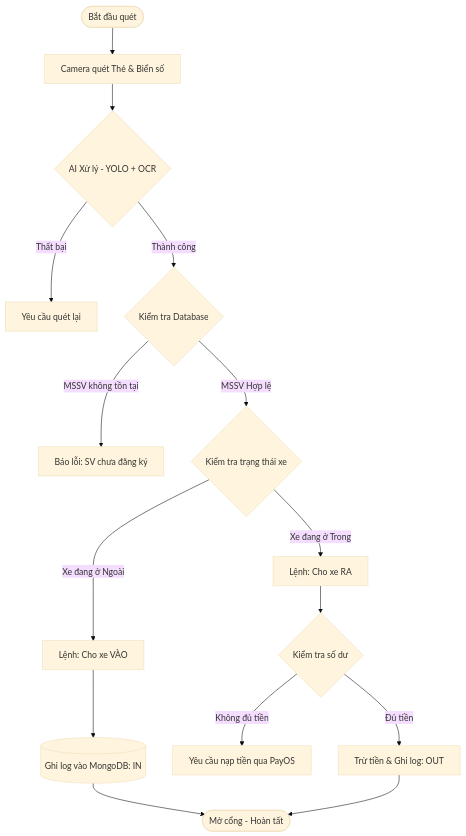
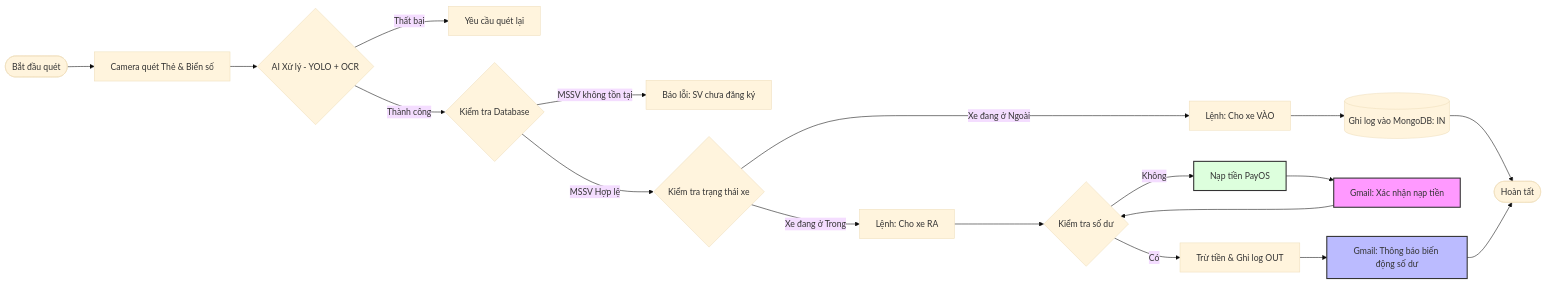
The diagram in README.md (Duckkeip/TTTNDKT), drawn with Mermaid (base theme) before and after one commit.

````diff
--- a/README.md
+++ b/README.md
@@ -44,23 +44,34 @@
 ```mermaid
-    flowchart TD
+    flowchart LR
     Start([Bắt đầu quét]) --> Input[Camera quét Thẻ & Biển số]
     Input --> AI_Proc{AI Xử lý - YOLO + OCR}
     
     AI_Proc -->|Thất bại| Retry[Yêu cầu quét lại]
     AI_Proc -->|Thành công| DB_Check{Kiểm tra Database}
     
     DB_Check -->|MSSV không tồn tại| Error1[Báo lỗi: SV chưa đăng ký]
     DB_Check -->|MSSV Hợp lệ| Mode{Kiểm tra trạng thái xe}
     
     Mode -->|Xe đang ở Ngoài| CheckIn[Lệnh: Cho xe VÀO]
     Mode -->|Xe đang ở Trong| CheckOut[Lệnh: Cho xe RA]
     
     CheckIn --> SaveIN[(Ghi log vào MongoDB: IN)]
     CheckOut --> Balance{Kiểm tra số dư}
     
-    Balance -->|Không đủ tiền| Error2[Yêu cầu nạp tiền qua PayOS]
-    Balance -->|Đủ tiền| Pay[Trừ tiền & Ghi log: OUT]
+    %% Luồng Nạp tiền & Gmail 1
+    Balance -->|Không| PayOS[Nạp tiền PayOS]
+    PayOS --> Mail1[Gmail: Xác nhận nạp tiền]
+    Mail1 --> Balance
     
-    SaveIN --> End([Mở cổng - Hoàn tất])
-    Pay --> End
+    %% Luồng Trừ tiền & Gmail 2
+    Balance -->|Có| Pay[Trừ tiền & Ghi log OUT]
+    Pay --> Mail2[Gmail: Thông báo biến động số dư]
+    
+    SaveIN --> End([Hoàn tất])
+    Mail2 --> End
+    
+    %% Định dạng màu sắc cho nổi bật
+    style Mail1 fill:#f9f,stroke:#333,stroke-width:2px
+    style Mail2 fill:#bbf,stroke:#333,stroke-width:2px
+    style PayOS fill:#dfd,stroke:#333,stroke-width:2px
 ```
````
